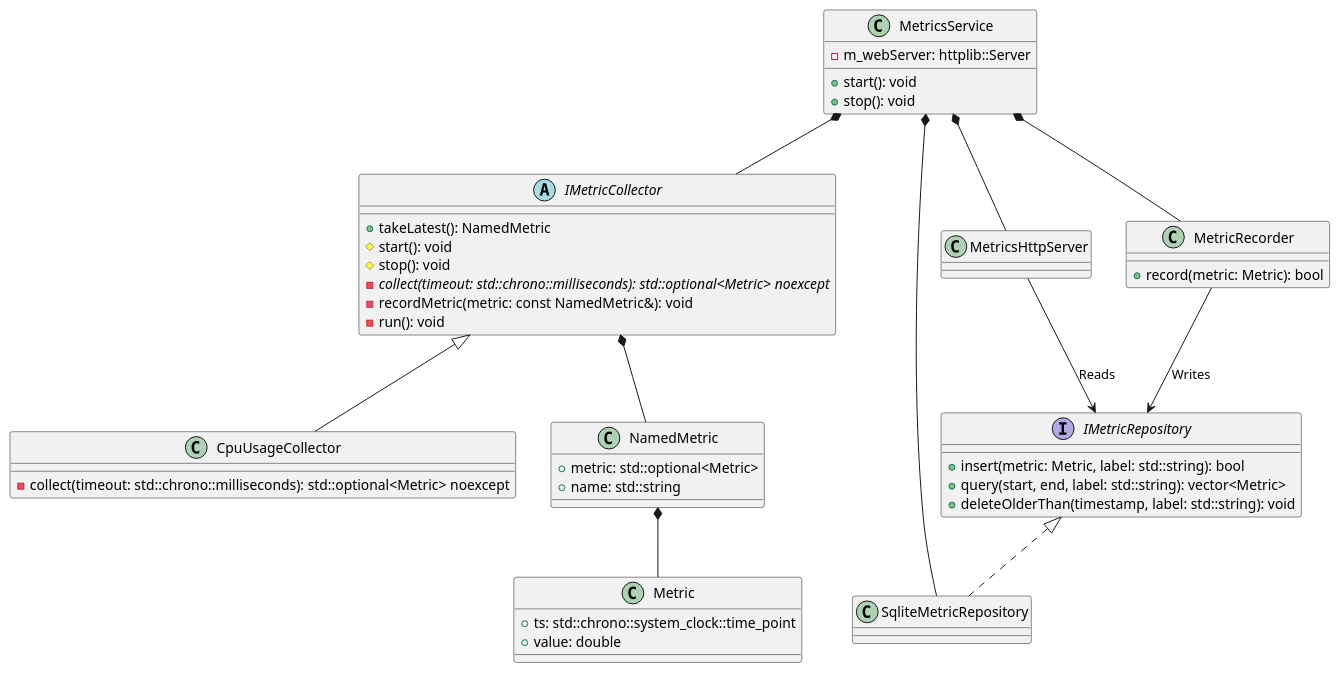
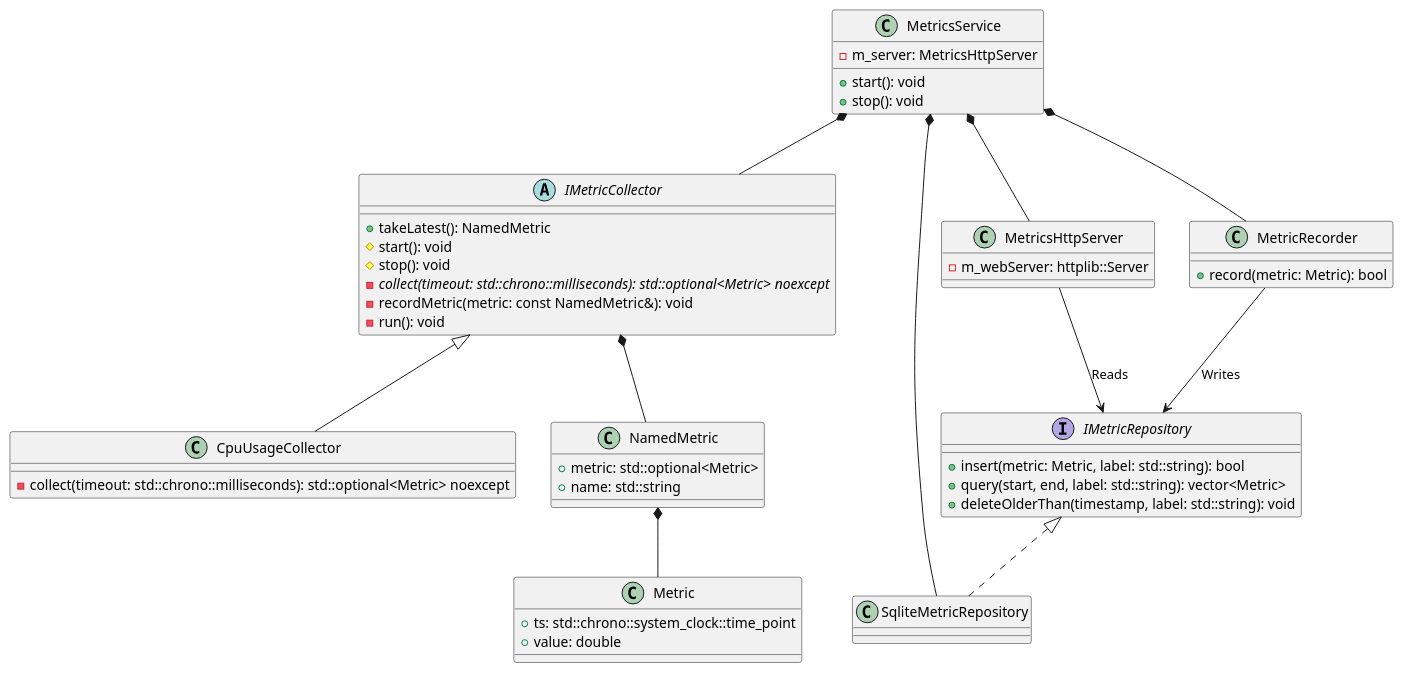
Before and after one commit to rohanjaya/metrics-visualizer: the second of 2 diagrams in README.md, drawn with PlantUML. The commit also changed 5 other files, not shown here.

Commit message:
make http server files

```diff
--- a/README.md
+++ b/README.md
@@ -25,61 +25,62 @@
 @startuml
 
 class Metric {
     + ts: std::chrono::system_clock::time_point
     + value: double
 }
 
 class NamedMetric {
     + metric: std::optional<Metric>
     + name: std::string
 }
 
 abstract class IMetricCollector {
     + takeLatest(): NamedMetric
     # start(): void
     # stop(): void
     - {abstract} collect(timeout: std::chrono::milliseconds): std::optional<Metric> noexcept
     - recordMetric(metric: const NamedMetric&): void
     - run(): void
 }
 
 class CpuUsageCollector {
     - collect(timeout: std::chrono::milliseconds): std::optional<Metric> noexcept
 }
 
 class MetricsService {
     + start(): void
     + stop(): void
-    - m_webServer: httplib::Server
+    - m_server: MetricsHttpServer
 }
 
 class MetricRecorder {
     + record(metric: Metric): bool
 }
 
 interface IMetricRepository {
     + insert(metric: Metric, label: std::string): bool
     + query(start, end, label: std::string): vector<Metric>
     + deleteOlderThan(timestamp, label: std::string): void
 }
 
 class SqliteMetricRepository {
 }
 
 class MetricsHttpServer {
+    - m_webServer: httplib::Server
 }
 
 IMetricCollector <|-- CpuUsageCollector
 IMetricCollector *-- NamedMetric
 NamedMetric *-- Metric
 IMetricRepository <|.. SqliteMetricRepository
 
 MetricsService *-- IMetricCollector
 MetricsService *-- MetricRecorder
 MetricsService *-- MetricsHttpServer
 MetricsService *-- SqliteMetricRepository
 
 MetricRecorder --> IMetricRepository : Writes
 MetricsHttpServer --> IMetricRepository : Reads
 
 @enduml
```
